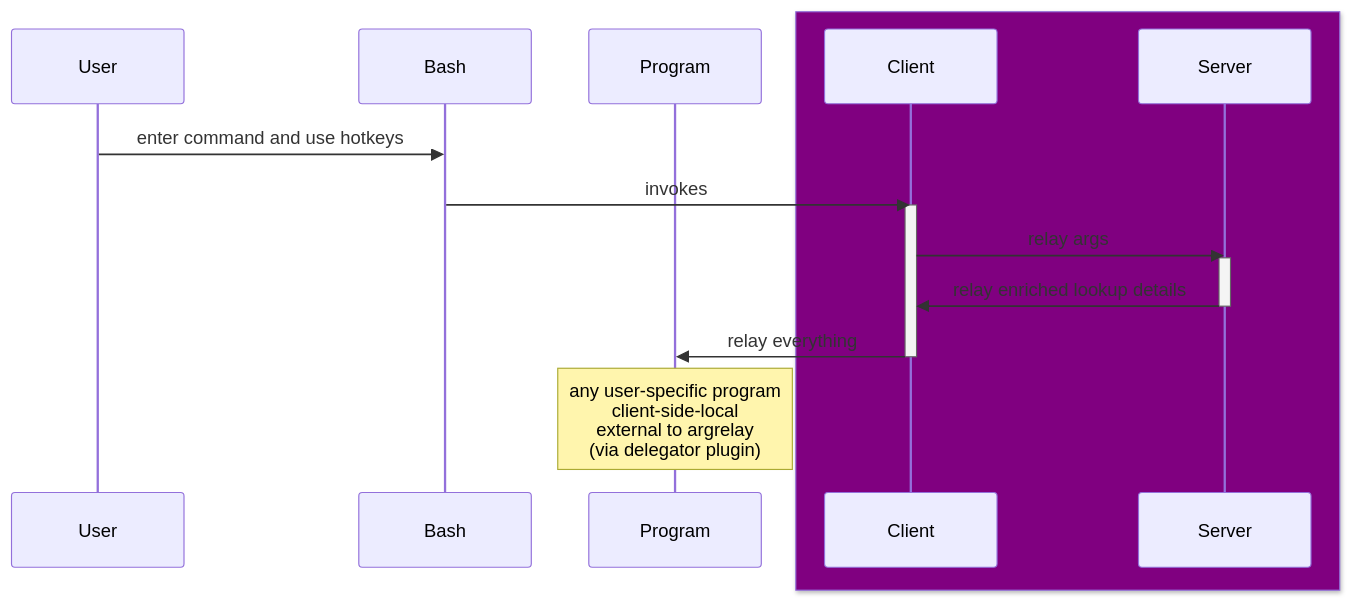
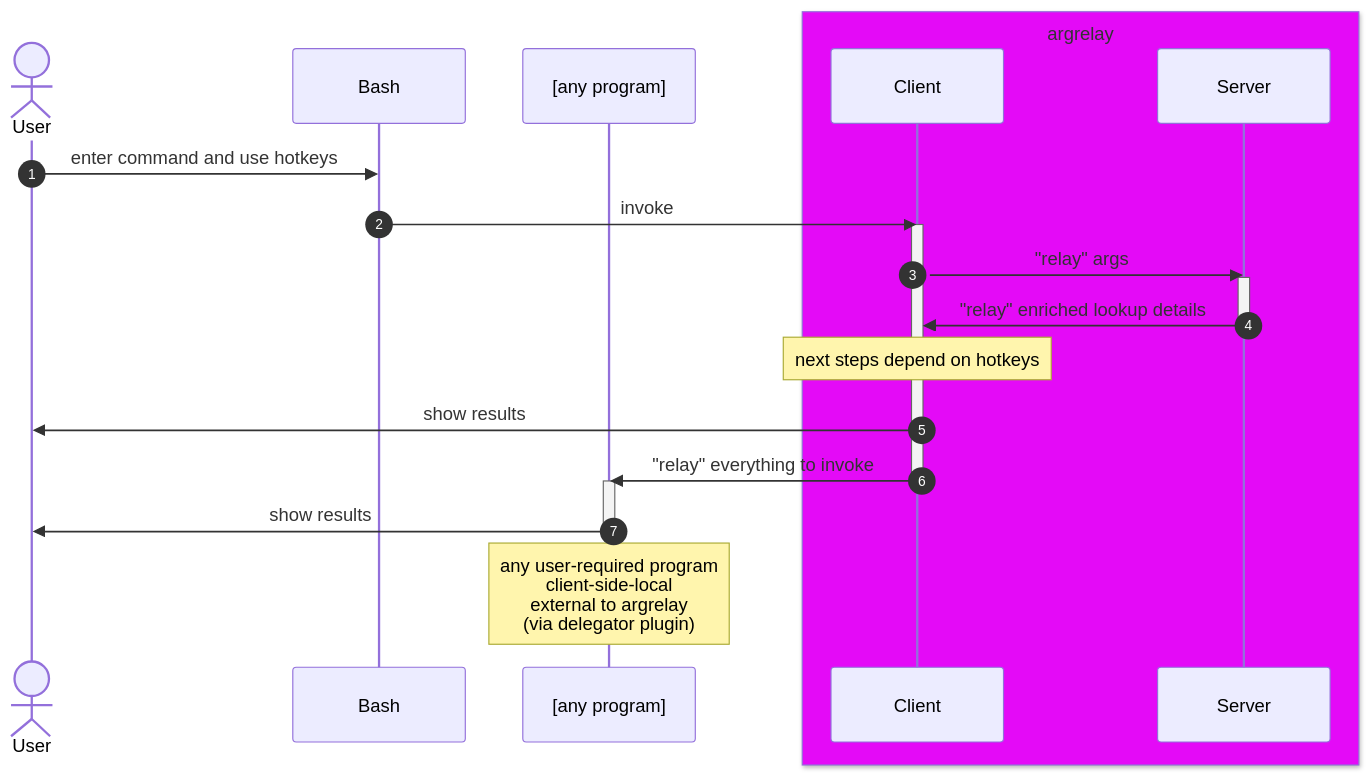
One commit to argrelay/argrelay changed the diagram in readme.md. Above: the diagram before and after it, drawn with Mermaid.

Commit message:
Update diagram

````diff
--- a/readme.md
+++ b/readme.md
@@ -78,20 +78,26 @@
 ```mermaid
 sequenceDiagram
-    participant U as User
+    autonumber
+    Actor U as User
     participant B as Bash
-    participant P as Program
-    box Purple
+    participant P as [any program]
+    box rgb(228, 10, 247) argrelay
     participant C as Client
     participant S as Server
     end
     U ->> B: enter command and use hotkeys
-    B ->> C: invokes
+    B ->> C: invoke
     activate C
-    C ->> S: relay args
+    C ->> S: "relay" args
     activate S
-    S ->> C: relay enriched lookup details
+    S ->> C: "relay" enriched lookup details
     deactivate S
-    C ->> P: relay everything
+    Note over C: next steps depend on hotkeys
+    C ->> U: show results
+    C ->> P: "relay" everything to invoke
     deactivate C
-    Note over P: any user-specific program<br/>client-side-local<br/>external to argrelay<br/>(via delegator plugin)
+    activate P
+    P ->> U: show results
+    deactivate P
+    Note over P: any user-required program<br/>client-side-local<br/>external to argrelay<br/>(via delegator plugin)
 ```
````
